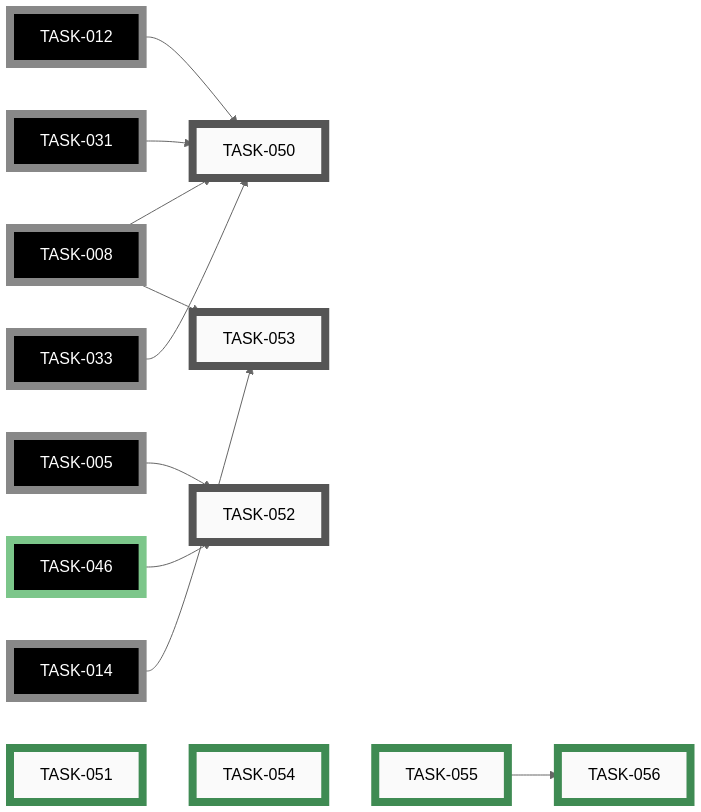
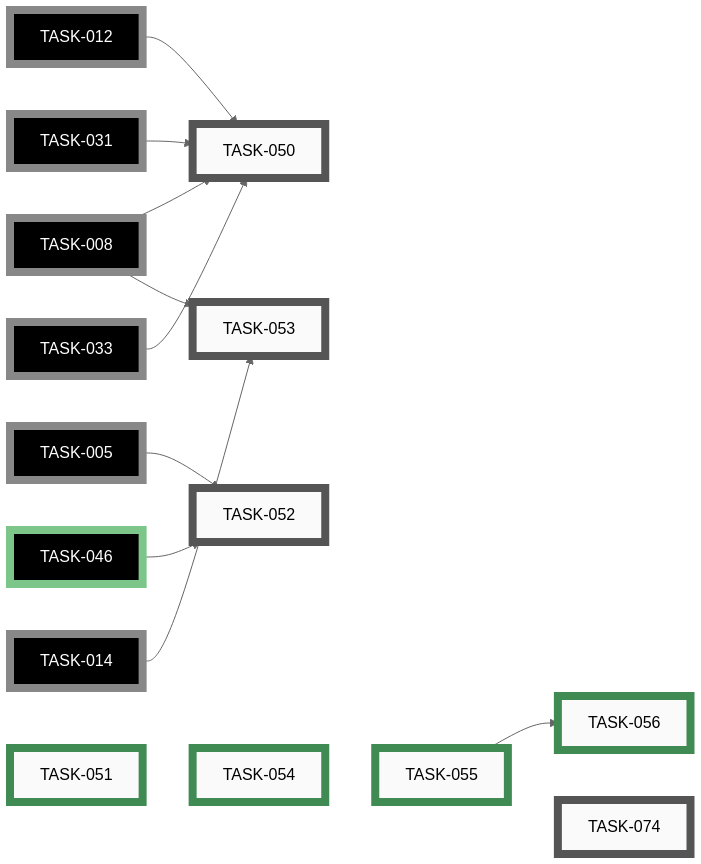
The eighth of 10 diagrams in docs/developers/tasks/EPICS.md (tgd1975/CircuitSmith), drawn with Mermaid (neutral theme) before and after one commit. The commit also changed other lines of this file and 12 other files, not shown here.

````diff
--- a/docs/developers/tasks/EPICS.md
+++ b/docs/developers/tasks/EPICS.md
@@ -458,49 +458,51 @@
 ```mermaid
 graph LR
     TASK_050["TASK-050"]:::open
     TASK_052["TASK-052"]:::open
     TASK_053["TASK-053"]:::open
+    TASK_074["TASK-074"]:::open
     TASK_051["TASK-051"]:::closed
     TASK_054["TASK-054"]:::closed
     TASK_055["TASK-055"]:::closed
     TASK_056["TASK-056"]:::closed
     TASK_005["TASK-005"]:::openExt
     TASK_008["TASK-008"]:::openExt
     TASK_012["TASK-012"]:::openExt
     TASK_014["TASK-014"]:::openExt
     TASK_031["TASK-031"]:::openExt
     TASK_033["TASK-033"]:::openExt
     TASK_046["TASK-046"]:::closedExt
     TASK_008 --> TASK_050
     TASK_012 --> TASK_050
     TASK_031 --> TASK_050
     TASK_033 --> TASK_050
     TASK_005 --> TASK_052
     TASK_046 --> TASK_052
     TASK_008 --> TASK_053
     TASK_014 --> TASK_053
     TASK_055 --> TASK_056
-    TASK_051 ~~~ TASK_054 ~~~ TASK_055
+    TASK_051 ~~~ TASK_054 ~~~ TASK_055 ~~~ TASK_074
     click TASK_050 "open/task-050-boundary-import-contract-test.md"
     click TASK_052 "open/task-052-schema-validation-pre-commit.md"
     click TASK_053 "open/task-053-netgraph-golden-hash-contract-test.md"
+    click TASK_074 "open/task-074-personal-data-leak-check-in-security-review-hook.md"
     click TASK_051 "closed/task-051-portability-lint.md"
     click TASK_054 "closed/task-054-seed-adr-folder.md"
     click TASK_055 "closed/task-055-code-owner-skills-hook.md"
     click TASK_056 "closed/task-056-author-initial-code-owner-skills.md"
     click TASK_005 "open/task-005-write-circuit-json-schema.md"
     click TASK_008 "open/task-008-implement-netgraph-data-model.md"
     click TASK_012 "open/task-012-implement-renderer.md"
     click TASK_014 "open/task-014-author-circuit-yml-and-layout-yml-pairs.md"
     click TASK_031 "open/task-031-implement-bom-exporter.md"
     click TASK_033 "open/task-033-implement-netlist-exporter.md"
     click TASK_046 "closed/task-046-add-pyproject-and-dev-requirements.md"
     classDef open    fill:#FAFAFA,stroke:#555,stroke-width:8px,color:#000
     classDef active  fill:#FAFAFA,stroke:#1A6FA8,stroke-width:8px,color:#000
     classDef closed  fill:#FAFAFA,stroke:#3F8B53,stroke-width:8px,color:#000
     classDef paused  fill:#FAFAFA,stroke:#B07810,stroke-width:8px,color:#000
     classDef openExt    fill:#000,stroke:#888,stroke-width:8px,color:#FFF
     classDef activeExt  fill:#000,stroke:#3FA9F5,stroke-width:8px,color:#FFF
     classDef closedExt  fill:#000,stroke:#7CC68A,stroke-width:8px,color:#FFF
     classDef pausedExt  fill:#000,stroke:#F0B030,stroke-width:8px,color:#FFF
 ```
````
